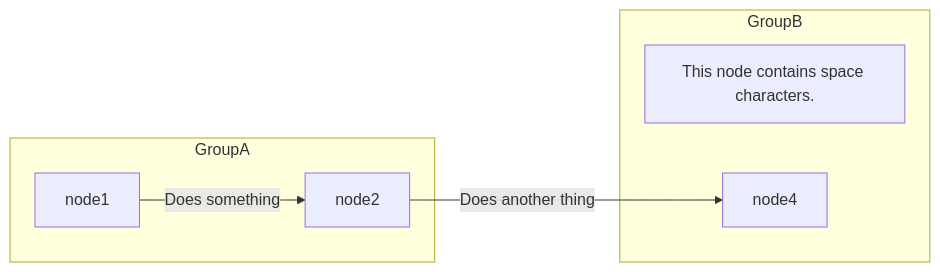
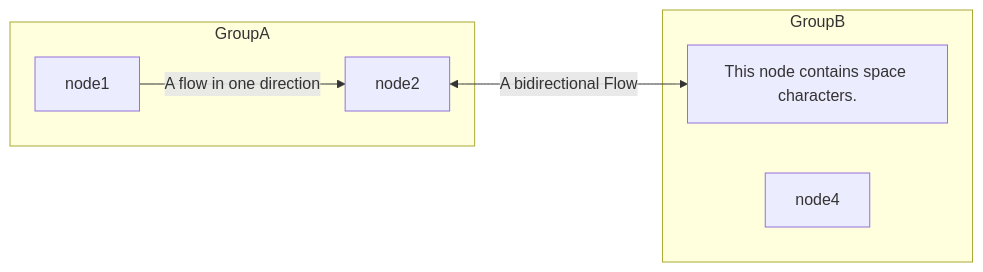
Before and after one commit to benniii1/Puzzle: the diagram in README.md, drawn with Mermaid.

Commit message:
Adds more descriptive text to examples.

````diff
--- a/README.md
+++ b/README.md
@@ -5,21 +5,21 @@
 ```mermaid
 flowchart LR
 %%%%%%%%%%%%%%%%%%%%%%%%%%
 %% Node Description
 %%%%%%%%%%%%%%%%%%%%%%%%%%
 subgraph GroupA 
     node1
 	node2
 end
 
 subgraph GroupB
     node3[This node contains space characters.]
 	node4
 end
 %%%%%%%%%%%%%%%%%%%%%%%%%%
 %% Node Dependencies
 %%%%%%%%%%%%%%%%%%%%%%%%%%
 
-node1 -->|Does something| node2
-node2 -->|Does another thing| node4
+node1 -->|A flow in one direction| node2
+node2 <-->|A bidirectional Flow| node3
 ```
````
